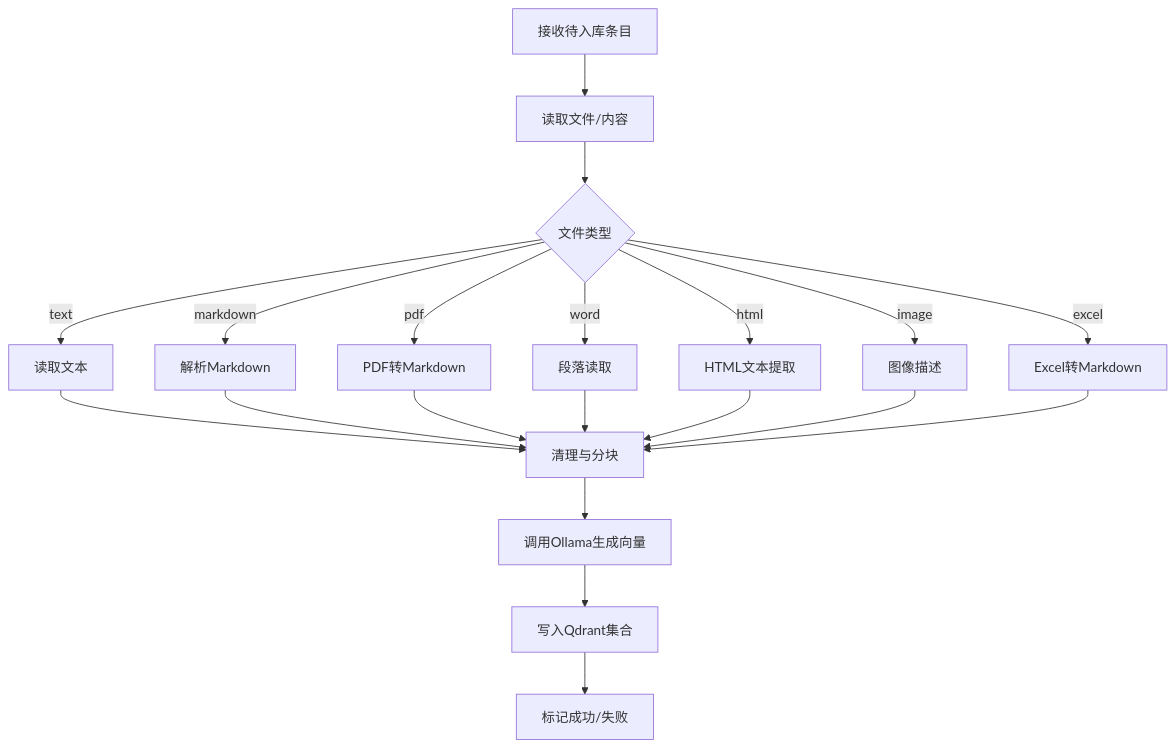
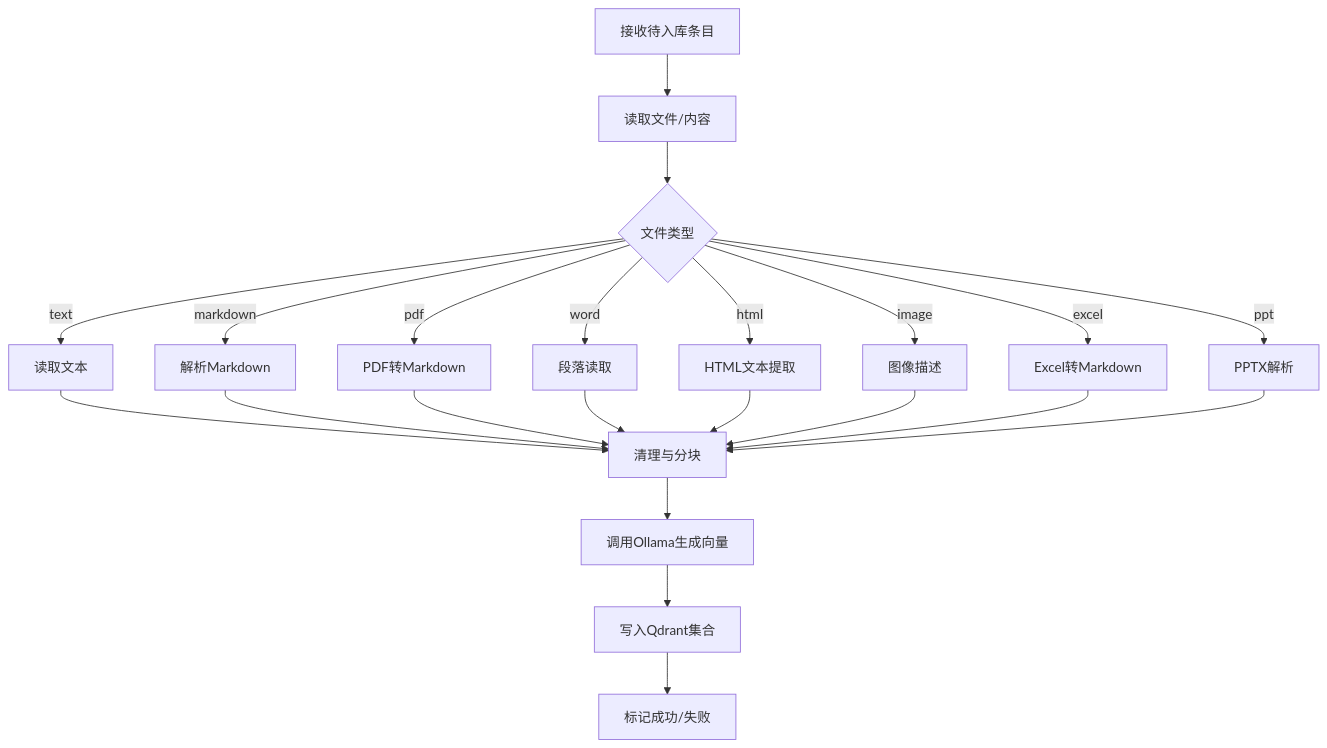
The tenth of 17 diagrams in .qoder/repowiki/zh/content/核心模块/AI智能助手/AI智能助手.md (junkai-li/NetCoreKevin), drawn with Mermaid before and after one commit. The commit also changed other lines of this file and 45 other files, not shown here.

````diff
--- a/.qoder/repowiki/zh/content/核心模块/AI智能助手/AI智能助手.md
+++ b/.qoder/repowiki/zh/content/核心模块/AI智能助手/AI智能助手.md
@@ -307,22 +465,24 @@
 ```mermaid
 flowchart TD
 Ingest["接收待入库条目"] --> Read["读取文件/内容"]
 Read --> Parse{"文件类型"}
 Parse --> |text| Txt["读取文本"]
 Parse --> |markdown| Md["解析Markdown"]
 Parse --> |pdf| Pdf["PDF转Markdown"]
 Parse --> |word| Doc["段落读取"]
 Parse --> |html| Html["HTML文本提取"]
 Parse --> |image| Img["图像描述"]
 Parse --> |excel| Xls["Excel转Markdown"]
+Parse --> |ppt| Ppt["PPTX解析"]
 Txt --> Chunk["清理与分块"]
 Md --> Chunk
 Pdf --> Chunk
 Doc --> Chunk
 Html --> Chunk
 Img --> Chunk
 Xls --> Chunk
+Ppt --> Chunk
 Chunk --> Embed["调用Ollama生成向量"]
 Embed --> Store["写入Qdrant集合"]
 Store --> Done["标记成功/失败"]
 ```
````
